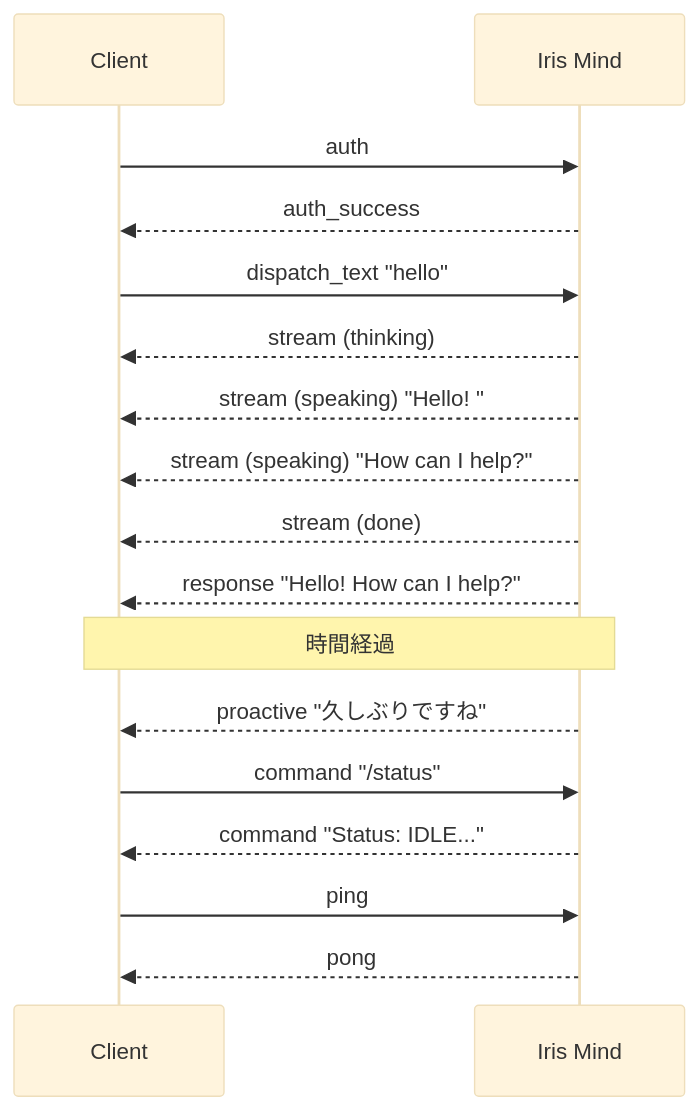
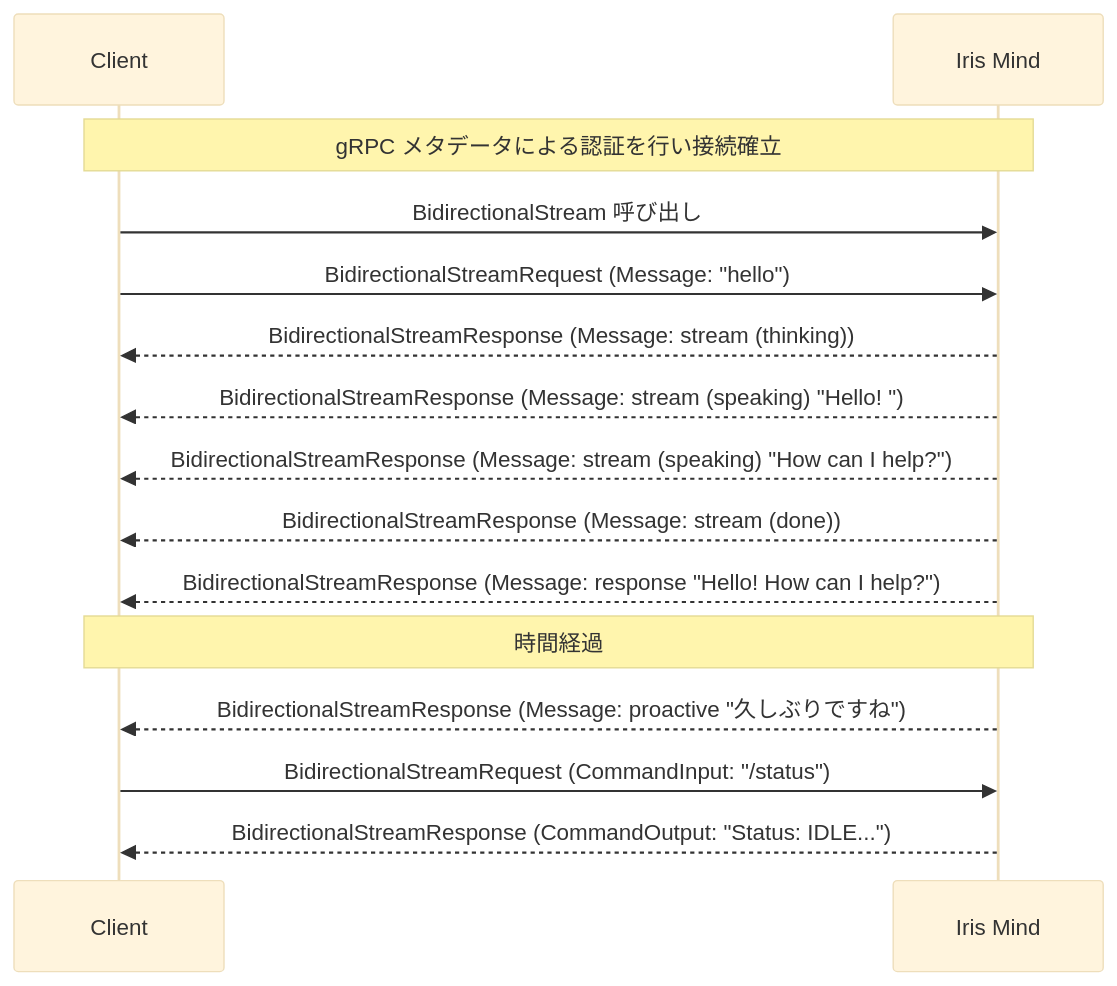
Before and after one commit to ibukani/iris-mind: the first of 2 diagrams in docs/client-guide.md, drawn with Mermaid (base theme). The commit also changed other lines of this file and 35 other files, not shown here.

````diff
--- a/docs/client-guide.md
+++ b/docs/client-guide.md
@@ -13,24 +13,22 @@
 ```mermaid
 sequenceDiagram
     participant C as Client
     participant K as Iris Mind
 
-    C->>K: auth
-    K-->>C: auth_success
+    Note over C,K: gRPC メタデータによる認証を行い接続確立
+    C->>K: BidirectionalStream 呼び出し
 
-    C->>K: dispatch_text "hello"
-    K-->>C: stream (thinking)
-    K-->>C: stream (speaking) "Hello! "
-    K-->>C: stream (speaking) "How can I help?"
-    K-->>C: stream (done)
-    K-->>C: response "Hello! How can I help?"
+    C->>K: BidirectionalStreamRequest (Message: "hello")
+    K-->>C: BidirectionalStreamResponse (Message: stream (thinking))
+    K-->>C: BidirectionalStreamResponse (Message: stream (speaking) "Hello! ")
+    K-->>C: BidirectionalStreamResponse (Message: stream (speaking) "How can I help?")
+    K-->>C: BidirectionalStreamResponse (Message: stream (done))
+    K-->>C: BidirectionalStreamResponse (Message: response "Hello! How can I help?")
 
     Note over C,K: 時間経過
 
-    K-->>C: proactive "久しぶりですね"
+    K-->>C: BidirectionalStreamResponse (Message: proactive "久しぶりですね")
 
-    C->>K: command "/status"
-    K-->>C: command "Status: IDLE..."
-    C->>K: ping
-    K-->>C: pong
+    C->>K: BidirectionalStreamRequest (CommandInput: "/status")
+    K-->>C: BidirectionalStreamResponse (CommandOutput: "Status: IDLE...")
 ```
````
